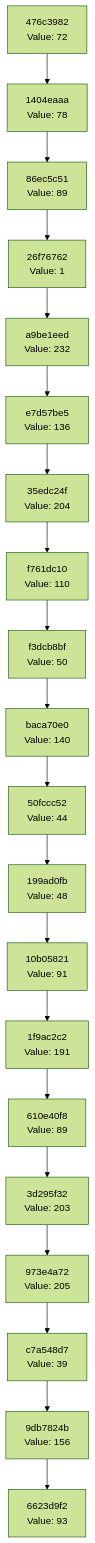
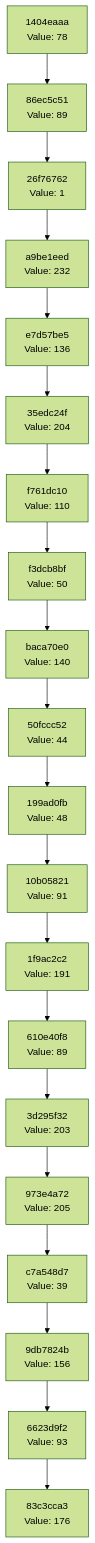
Before and after one commit to Abhisheksinha1506/hash-chain-evolver: the diagram in docs/CHAIN_VISUALIZATION.md, drawn with Mermaid (forest theme). The commit also changed 3 other files, not shown here.

````diff
--- a/docs/CHAIN_VISUALIZATION.md
+++ b/docs/CHAIN_VISUALIZATION.md
@@ -3,42 +3,42 @@
 ```mermaid
 graph TD
-    C0["6623d9f2<br/>Value: 93"]
-    C1["9db7824b<br/>Value: 156"]
+    C0["83c3cca3<br/>Value: 176"]
+    C1["6623d9f2<br/>Value: 93"]
     C1 --> C0
-    C2["c7a548d7<br/>Value: 39"]
+    C2["9db7824b<br/>Value: 156"]
     C2 --> C1
-    C3["973e4a72<br/>Value: 205"]
+    C3["c7a548d7<br/>Value: 39"]
     C3 --> C2
-    C4["3d295f32<br/>Value: 203"]
+    C4["973e4a72<br/>Value: 205"]
     C4 --> C3
-    C5["610e40f8<br/>Value: 89"]
+    C5["3d295f32<br/>Value: 203"]
     C5 --> C4
-    C6["1f9ac2c2<br/>Value: 191"]
+    C6["610e40f8<br/>Value: 89"]
     C6 --> C5
-    C7["10b05821<br/>Value: 91"]
+    C7["1f9ac2c2<br/>Value: 191"]
     C7 --> C6
-    C8["199ad0fb<br/>Value: 48"]
+    C8["10b05821<br/>Value: 91"]
     C8 --> C7
-    C9["50fccc52<br/>Value: 44"]
+    C9["199ad0fb<br/>Value: 48"]
     C9 --> C8
-    C10["baca70e0<br/>Value: 140"]
+    C10["50fccc52<br/>Value: 44"]
     C10 --> C9
-    C11["f3dcb8bf<br/>Value: 50"]
+    C11["baca70e0<br/>Value: 140"]
     C11 --> C10
-    C12["f761dc10<br/>Value: 110"]
+    C12["f3dcb8bf<br/>Value: 50"]
     C12 --> C11
-    C13["35edc24f<br/>Value: 204"]
+    C13["f761dc10<br/>Value: 110"]
     C13 --> C12
-    C14["e7d57be5<br/>Value: 136"]
+    C14["35edc24f<br/>Value: 204"]
     C14 --> C13
-    C15["a9be1eed<br/>Value: 232"]
+    C15["e7d57be5<br/>Value: 136"]
     C15 --> C14
-    C16["26f76762<br/>Value: 1"]
+    C16["a9be1eed<br/>Value: 232"]
     C16 --> C15
-    C17["86ec5c51<br/>Value: 89"]
+    C17["26f76762<br/>Value: 1"]
     C17 --> C16
-    C18["1404eaaa<br/>Value: 78"]
+    C18["86ec5c51<br/>Value: 89"]
     C18 --> C17
-    C19["476c3982<br/>Value: 72"]
+    C19["1404eaaa<br/>Value: 78"]
     C19 --> C18
 ```
````
